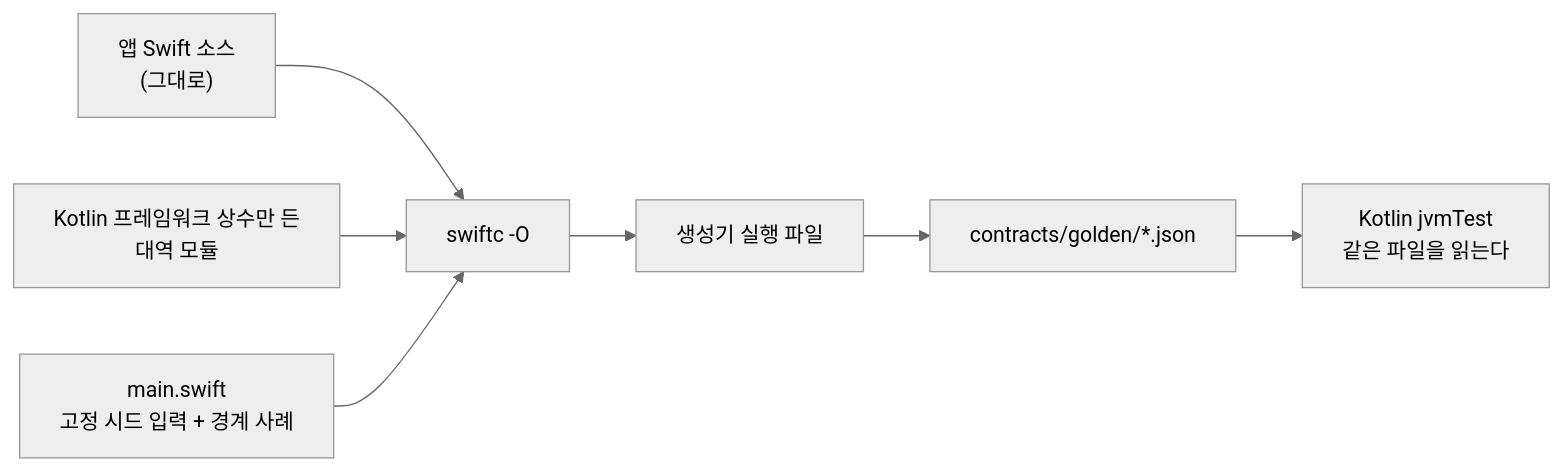
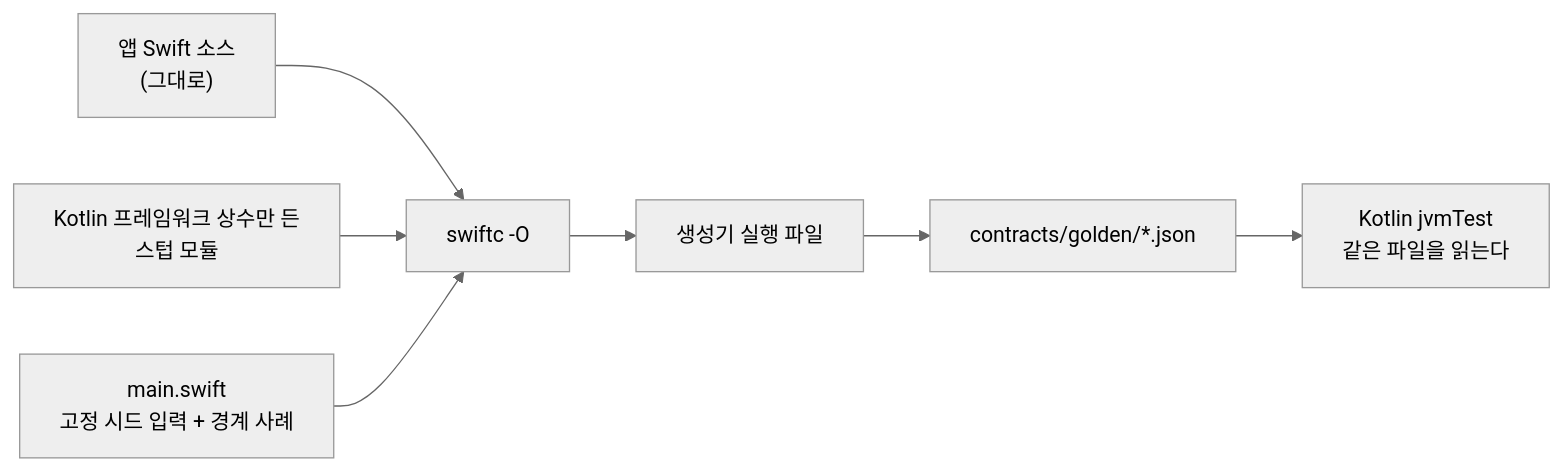
The diagram in _posts/2026-10-30-swift-source-as-kotlin-test-oracle-ko.md (yoonseopshin/yoonseopshin.github.io), drawn with Mermaid (neutral theme) before and after one commit. The commit also changed other lines of this file and 6 other files, not shown here.

````diff
--- a/_posts/2026-10-30-swift-source-as-kotlin-test-oracle-ko.md
+++ b/_posts/2026-10-30-swift-source-as-kotlin-test-oracle-ko.md
@@ -37,9 +37,9 @@
 ```mermaid
 flowchart LR
   S["앱 Swift 소스<br/>(그대로)"] --> C[swiftc -O]
-  K["Kotlin 프레임워크 상수만 든<br/>대역 모듈"] --> C
+  K["Kotlin 프레임워크 상수만 든<br/>스텁 모듈"] --> C
   G["main.swift<br/>고정 시드 입력 + 경계 사례"] --> C
   C --> X[생성기 실행 파일]
   X --> J["contracts/golden/*.json"]
   J --> T["Kotlin jvmTest<br/>같은 파일을 읽는다"]
 ```
````
